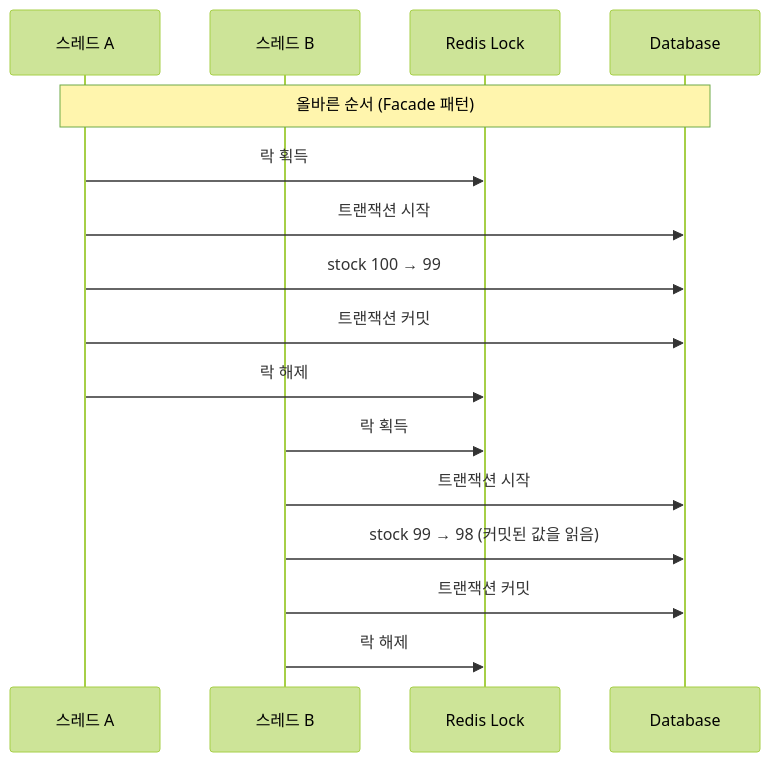
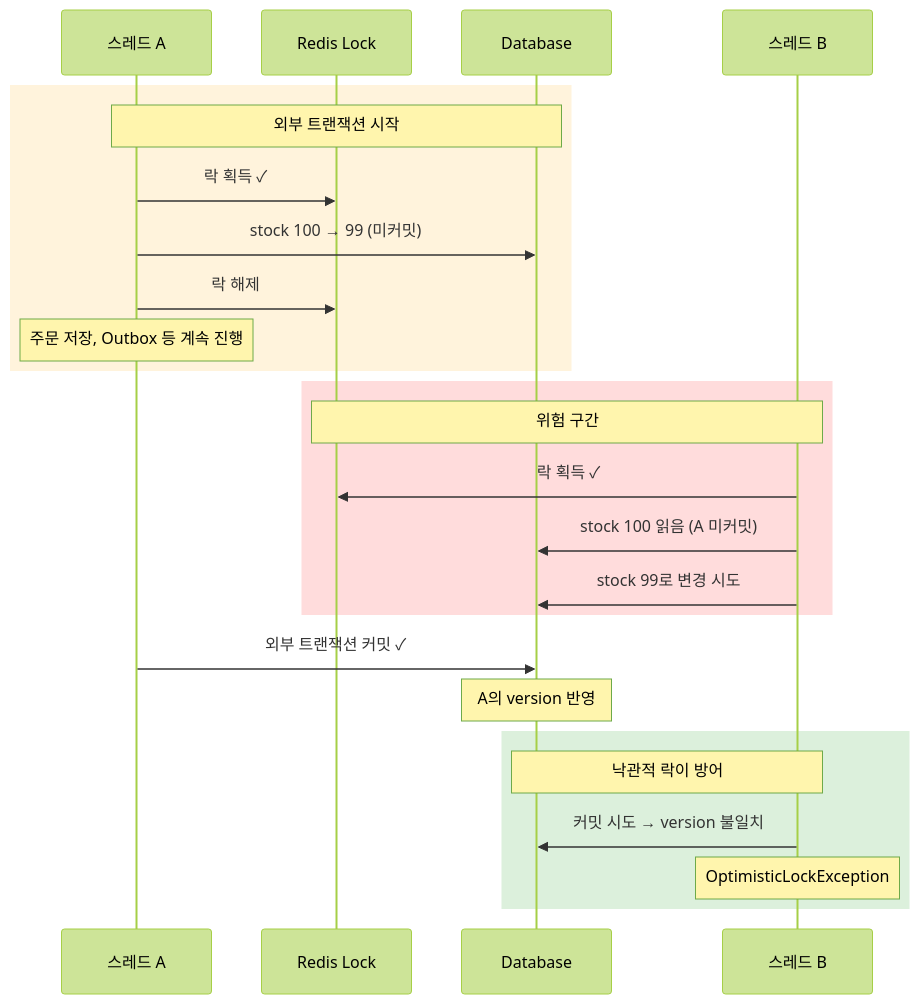
One commit to Kimgyuilli/blog changed the fifth of 7 diagrams in src/content/blog/peekcart-product-inventory-concurrency.md. Above: the diagram before and after it, drawn with Mermaid (forest theme). The commit also changed other lines of this file and 1 other file, not shown here.

````diff
--- a/src/content/blog/peekcart-product-inventory-concurrency.md
+++ b/src/content/blog/peekcart-product-inventory-concurrency.md
@@ -415,18 +425,31 @@
-```mermaid  
-sequenceDiagram  
+```mermaid
+sequenceDiagram
     participant A as 스레드 A
-    participant B as 스레드 B
     participant Redis as Redis Lock
     participant DB as Database
-    Note over A,DB: 올바른 순서 (Facade 패턴)  
-    A->>Redis: 락 획득
-    A->>DB: 트랜잭션 시작
-    A->>DB: stock 100 → 99
-    A->>DB: 트랜잭션 커밋
-    A->>Redis: 락 해제
-    B->>Redis: 락 획득
-    B->>DB: 트랜잭션 시작
-    B->>DB: stock 99 → 98 (커밋된 값을 읽음)  
-    B->>DB: 트랜잭션 커밋
-    B->>Redis: 락 해제
-```  
+    participant B as 스레드 B
+
+    rect rgb(255, 243, 220)
+        Note over A,DB: 외부 트랜잭션 시작
+        A->>Redis: 락 획득 ✓
+        A->>DB: stock 100 → 99 (미커밋)
+        A->>Redis: 락 해제
+        Note over A: 주문 저장, Outbox 등 계속 진행
+    end
+
+    rect rgb(255, 220, 220)
+        Note over Redis,B: 위험 구간
+        B->>Redis: 락 획득 ✓
+        B->>DB: stock 100 읽음 (A 미커밋)
+        B->>DB: stock 99로 변경 시도
+    end
+
+    A->>DB: 외부 트랜잭션 커밋 ✓
+    Note over DB: A의 version 반영
+
+    rect rgb(220, 240, 220)
+        Note over DB,B: 낙관적 락이 방어
+        B->>DB: 커밋 시도 → version 불일치
+        Note over B: OptimisticLockException
+    end
+```
````
